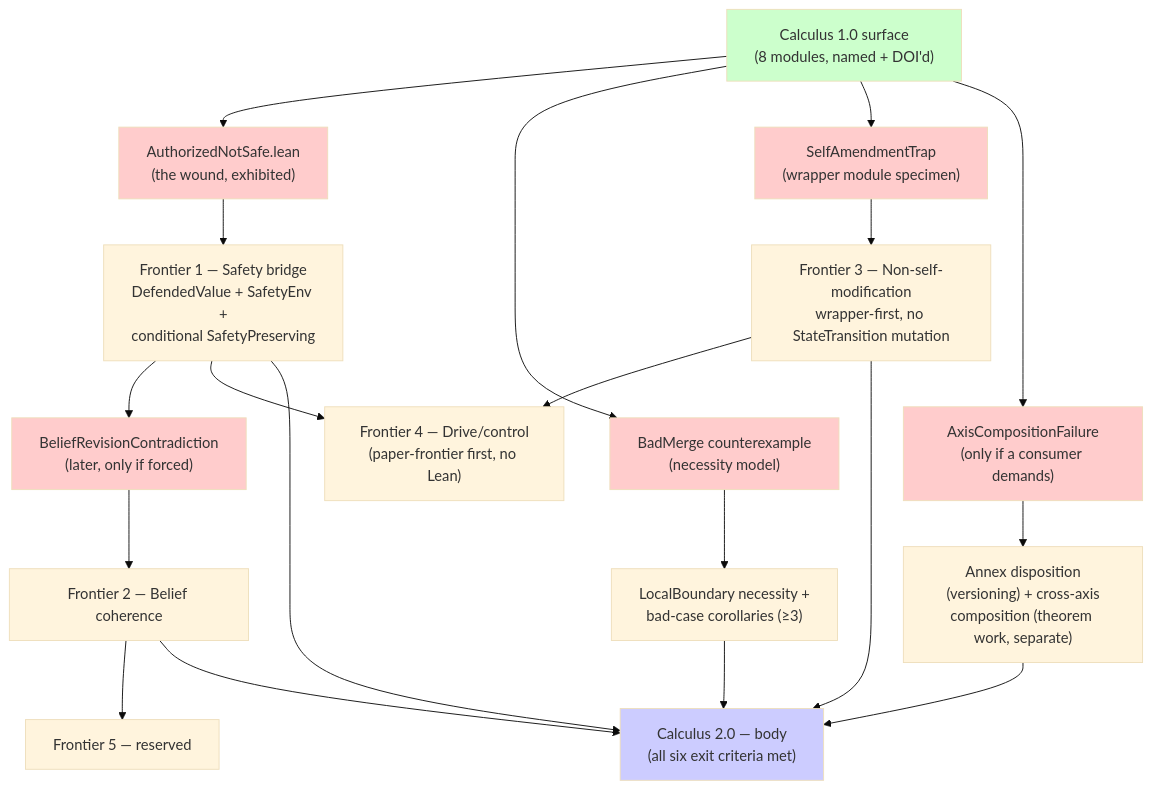
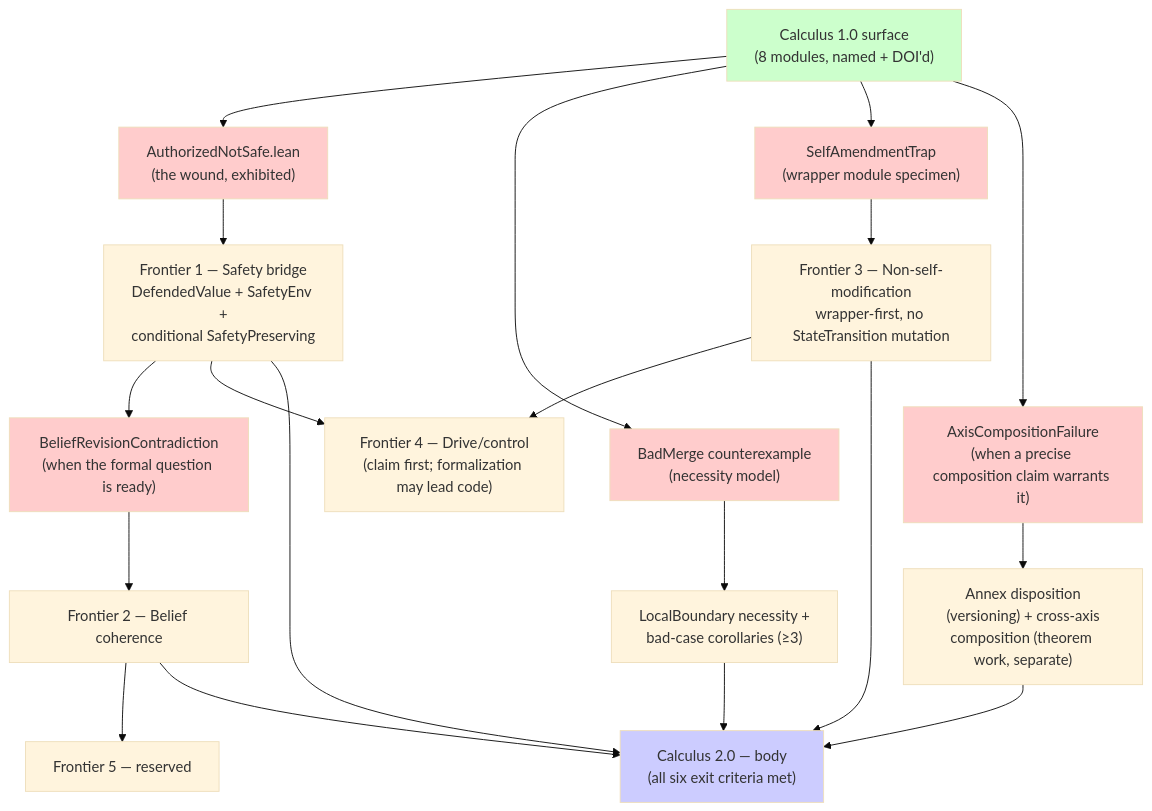
The diagram in working/kernel-to-body-map.md (unpingable/papers), drawn with Mermaid (base theme) before and after one commit. The commit also changed other lines of this file and 126 other files, not shown here.

````diff
--- a/working/kernel-to-body-map.md
+++ b/working/kernel-to-body-map.md
@@ -23,36 +26,36 @@
 ```mermaid
 graph TD
     K["Calculus 1.0 surface<br/>(8 modules, named + DOI'd)"]
 
     K --> CX1["AuthorizedNotSafe.lean<br/>(the wound, exhibited)"]
     CX1 --> F1["Frontier 1 — Safety bridge<br/>DefendedValue + SafetyEnv +<br/>conditional SafetyPreserving"]
 
     K --> CX2["BadMerge counterexample<br/>(necessity model)"]
     CX2 --> LB["LocalBoundary necessity +<br/>bad-case corollaries (≥3)"]
 
     K --> CX3["SelfAmendmentTrap<br/>(wrapper module specimen)"]
     CX3 --> F3["Frontier 3 — Non-self-modification<br/>wrapper-first, no StateTransition mutation"]
 
-    F1 --> CX4["BeliefRevisionContradiction<br/>(later, only if forced)"]
+    F1 --> CX4["BeliefRevisionContradiction<br/>(when the formal question is ready)"]
     CX4 --> F2["Frontier 2 — Belief coherence"]
     F2 --> F5["Frontier 5 — reserved"]
-    F1 --> F4["Frontier 4 — Drive/control<br/>(paper-frontier first, no Lean)"]
+    F1 --> F4["Frontier 4 — Drive/control<br/>(claim first; formalization may lead code)"]
     F3 --> F4
 
-    K --> CX5["AxisCompositionFailure<br/>(only if a consumer demands)"]
+    K --> CX5["AxisCompositionFailure<br/>(when a precise composition claim warrants it)"]
     CX5 --> ANNEX["Annex disposition<br/>(versioning) + cross-axis<br/>composition (theorem work, separate)"]
 
     F1 --> BODY["Calculus 2.0 — body<br/>(all six exit criteria met)"]
     LB --> BODY
     F2 --> BODY
     F3 --> BODY
     ANNEX --> BODY
 
     style K fill:#cfc
     style CX1 fill:#fcc
     style CX2 fill:#fcc
     style CX3 fill:#fcc
     style CX4 fill:#fcc
     style CX5 fill:#fcc
     style BODY fill:#ccf
 ```
````
